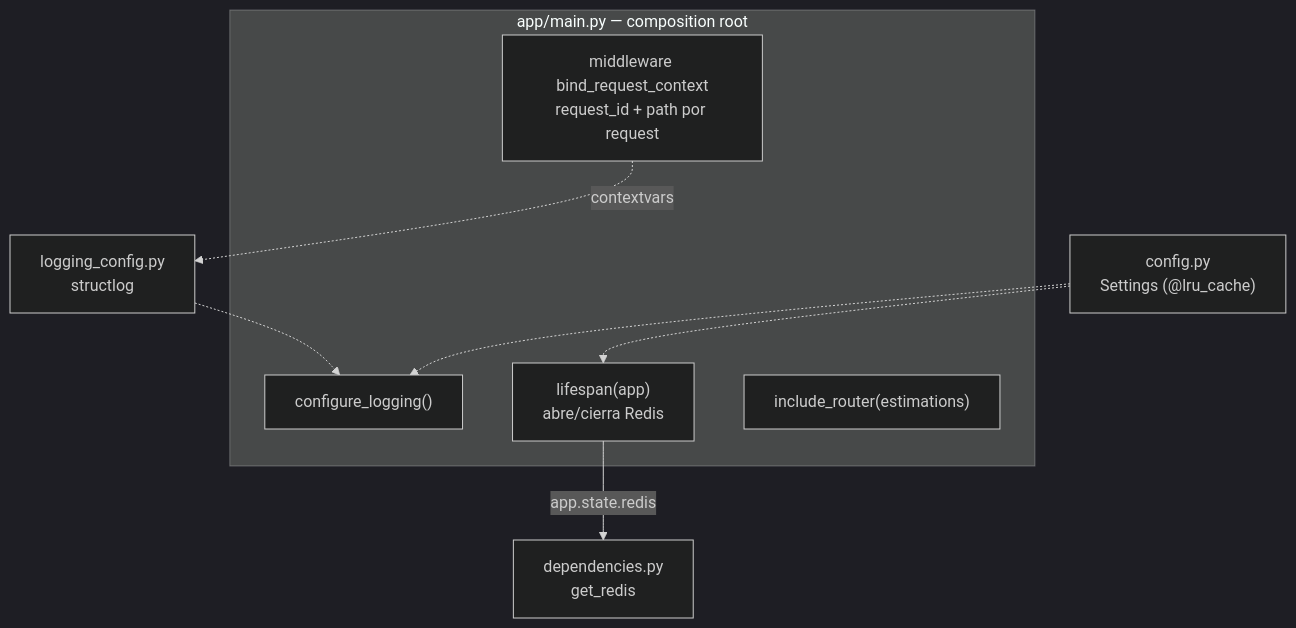
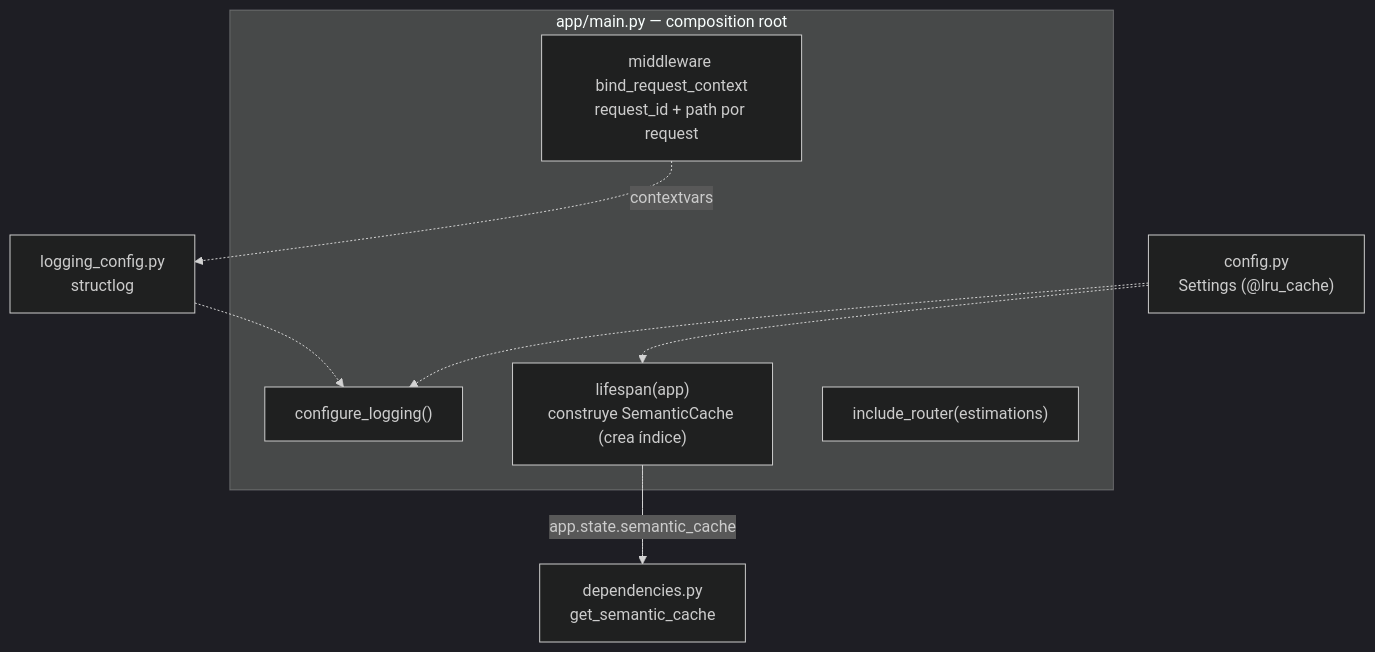
The ninth of 11 diagrams in ARCHITECTURE.md (salvalcaraz080/LIDR-RAG-master), drawn with Mermaid (dark theme) before and after one commit. The commit also changed other lines of this file and 16 other files, not shown here.

````diff
--- a/ARCHITECTURE.md
+++ b/ARCHITECTURE.md
@@ -489,19 +530,19 @@
 ```mermaid
 flowchart TB
     subgraph main["app/main.py — composition root"]
         cfg["configure_logging()"]
-        lifespan["lifespan(app)<br/>abre/cierra Redis"]
+        lifespan["lifespan(app)<br/>construye SemanticCache (crea índice)"]
         mw["middleware bind_request_context<br/>request_id + path por request"]
         routers["include_router(estimations)"]
     end
 
     settings["config.py<br/>Settings (@lru_cache)"]
-    deps["dependencies.py<br/>get_redis"]
+    deps["dependencies.py<br/>get_semantic_cache"]
     logcfg["logging_config.py<br/>structlog"]
 
     settings -.-> cfg
     settings -.-> lifespan
     logcfg -.-> cfg
-    lifespan -->|"app.state.redis"| deps
+    lifespan -->|"app.state.semantic_cache"| deps
     mw -.->|"contextvars"| logcfg
 ```
````
